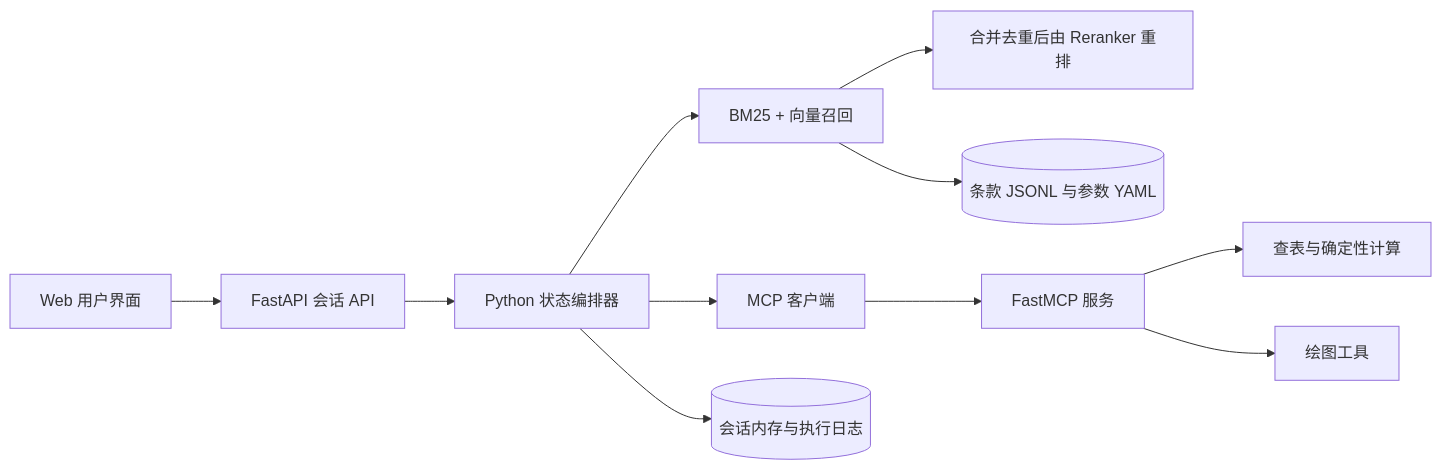
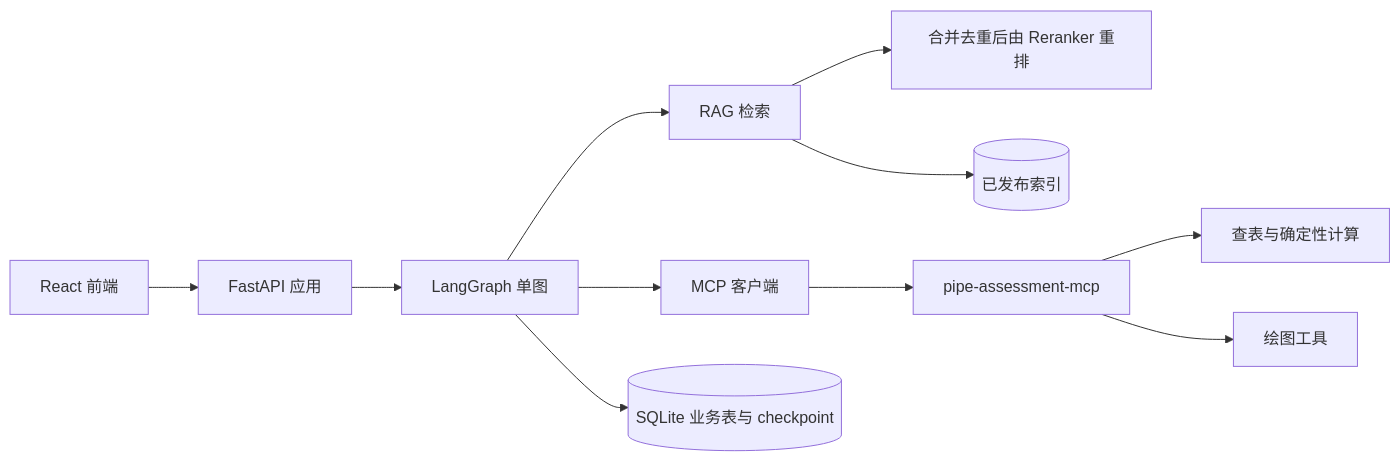
The first of 2 diagrams in docs/技术实现方案与Spec清单.md (jiafuzeng/pipe-spec-agent), drawn with Mermaid before and after one commit. The commit also changed other lines of this file and 49 other files, not shown here.

````diff
--- a/docs/技术实现方案与Spec清单.md
+++ b/docs/技术实现方案与Spec清单.md
@@ -34,13 +41,13 @@
 ```mermaid
 flowchart LR
-    U[Web 用户界面] --> API[FastAPI 会话 API]
-    API --> G[Python 状态编排器]
-    G --> R[BM25 + 向量召回]
+    U[React 前端] --> API[FastAPI 应用]
+    API --> G[LangGraph 单图]
+    G --> R[RAG 检索]
     R --> K[合并去重后由 Reranker 重排]
     G --> M[MCP 客户端]
-    M --> Q[FastMCP 服务]
+    M --> Q[pipe-assessment-mcp]
     Q --> C[查表与确定性计算]
     Q --> V[绘图工具]
-    R --> D[(条款 JSONL 与参数 YAML)]
-    G --> S[(会话内存与执行日志)]
+    R --> D[(已发布索引)]
+    G --> S[(SQLite 业务表与 checkpoint)]
 ```
````
